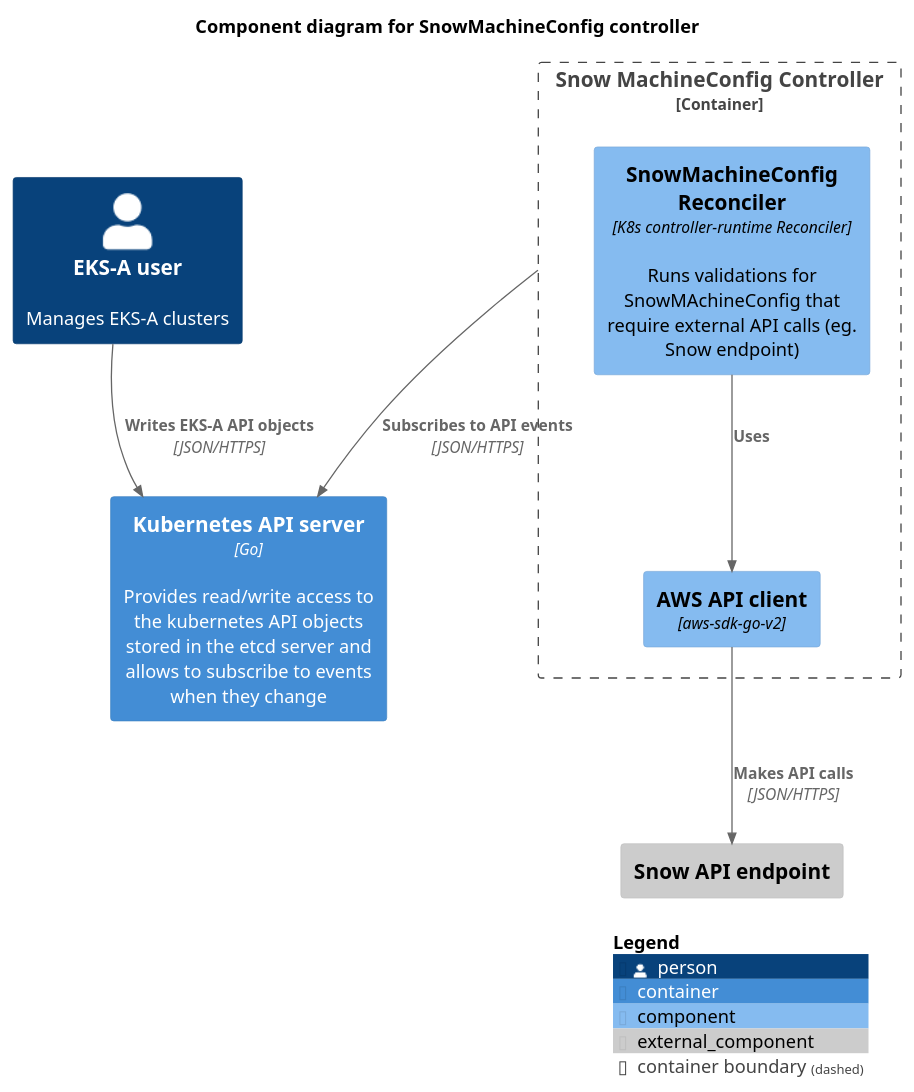
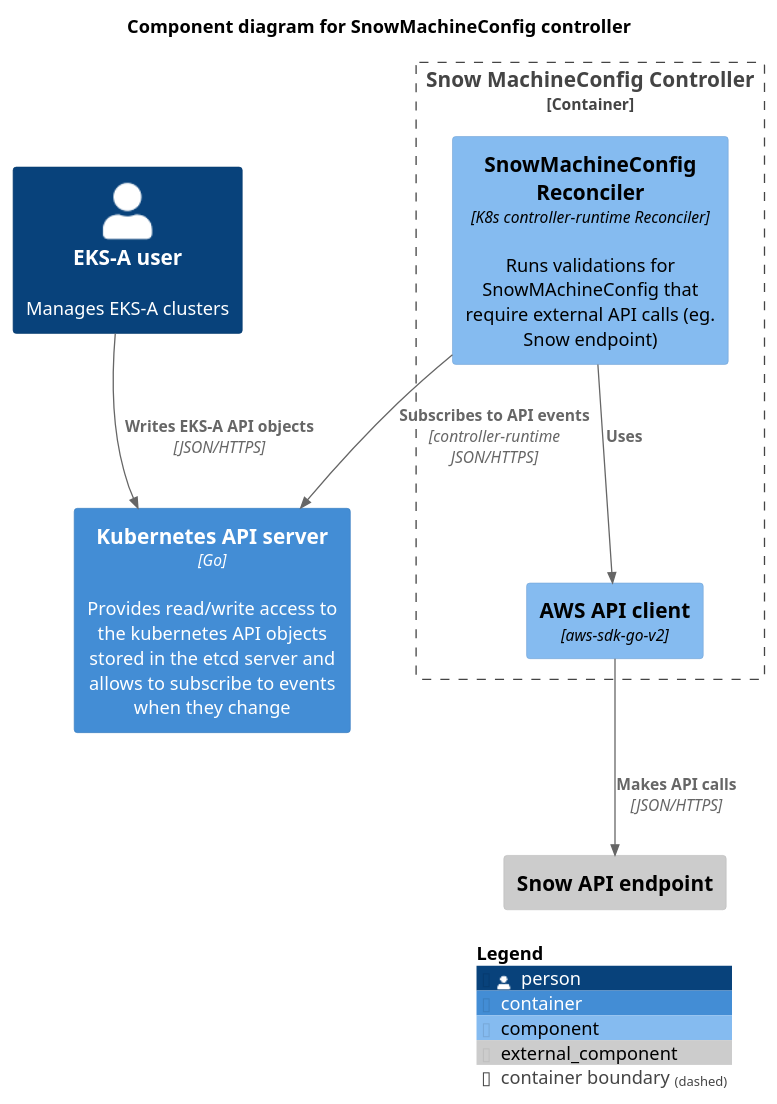
One commit to aws/eks-anywhere changed the diagram in designs/images/snowmachineconfig-controller-container-components.puml. Above: the diagram before and after it, drawn with PlantUML. The commit also changed 5 other files, not shown here.

```diff
--- a/designs/images/snowmachineconfig-controller-container-components.puml
+++ b/designs/images/snowmachineconfig-controller-container-components.puml
@@ -1,24 +1,24 @@
 @startuml snowmachineconfig-controller-container-components
 !include https://raw.githubusercontent.com/plantuml-stdlib/C4-PlantUML/master/C4_Component.puml
 
 title Component diagram for SnowMachineConfig controller
 
 Person(user, "EKS-A user", "Manages EKS-A clusters")
 Container(kubeApiServer, "Kubernetes API server", "Go", "Provides read/write access to the kubernetes API objects stored in the etcd server and allows to subscribe to events when they change")
 
 Container_Boundary(snowMachineConfigController, "Snow MachineConfig Controller") {
     Component(snowMachineConfigReconciler, "SnowMachineConfig Reconciler", "K8s controller-runtime Reconciler", "Runs validations for SnowMAchineConfig that require external API calls (eg. Snow endpoint)")
     Component(awsClient, "AWS API client", "aws-sdk-go-v2")
 
     Rel(snowMachineConfigReconciler, awsClient, "Uses")
 }
 
 Component_Ext(snowAPI, "Snow API endpoint")
 Rel(awsClient, snowAPI, "Makes API calls", "JSON/HTTPS")
 
 Rel(user, kubeApiServer, "Writes EKS-A API objects", "JSON/HTTPS")
 
-Rel(snowMachineConfigController, kubeApiServer, "Subscribes to API events", "JSON/HTTPS")
+Rel(snowMachineConfigReconciler, kubeApiServer, "Subscribes to API events", "controller-runtime JSON/HTTPS")
 
 SHOW_LEGEND()
 @enduml
```
